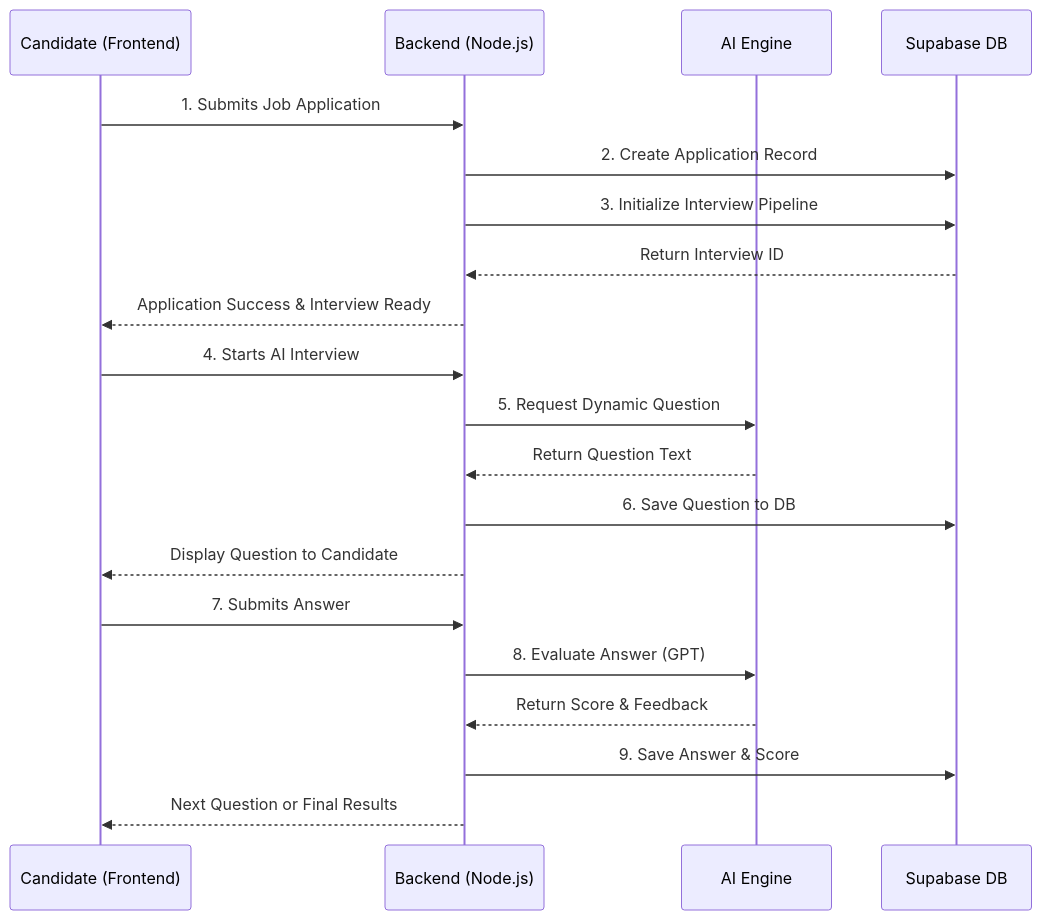
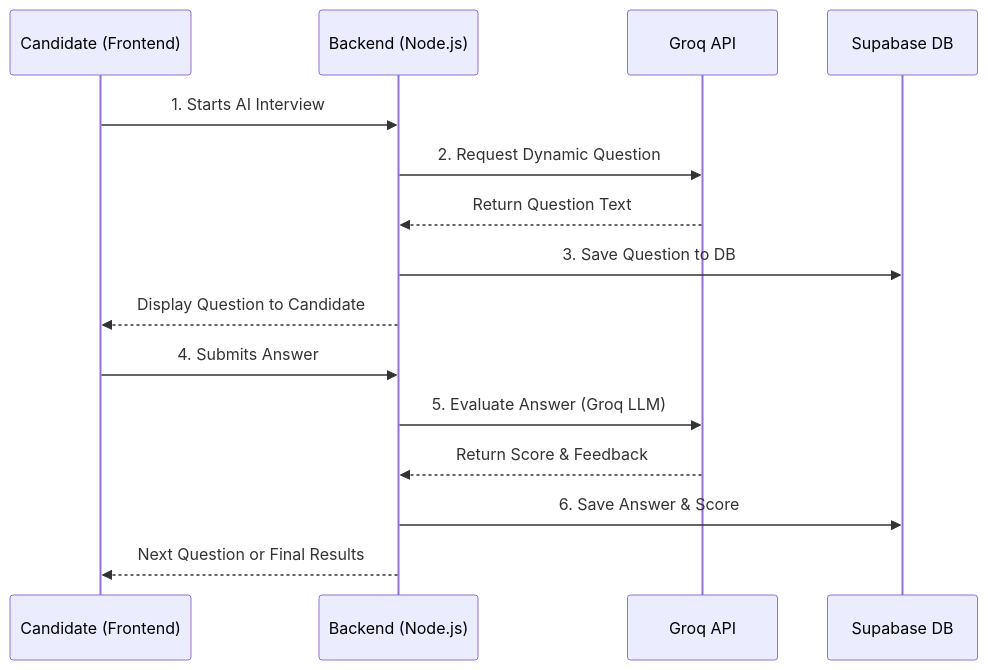
One commit to Maham-Javed/FYP_Project changed the third of 3 diagrams in rules/SystemDesign.md. Above: the diagram before and after it, drawn with Mermaid. The commit also changed other lines of this file and 13 other files, not shown here.

Commit message:
feat: implement backend architecture with AI-powered embedding and matching service endpoints

````diff
--- a/rules/SystemDesign.md
+++ b/rules/SystemDesign.md
@@ -65,25 +139,19 @@
 ```mermaid
 sequenceDiagram
     participant C as Candidate (Frontend)
     participant B as Backend (Node.js)
-    participant AI as AI Engine
+    participant AI as Groq API
     participant DB as Supabase DB
 
-    C->>B: 1. Submits Job Application
-    B->>DB: 2. Create Application Record
-    B->>DB: 3. Initialize Interview Pipeline
-    DB-->>B: Return Interview ID
-    B-->>C: Application Success & Interview Ready
-
-    C->>B: 4. Starts AI Interview
-    B->>AI: 5. Request Dynamic Question
+    C->>B: 1. Starts AI Interview
+    B->>AI: 2. Request Dynamic Question
     AI-->>B: Return Question Text
-    B->>DB: 6. Save Question to DB
+    B->>DB: 3. Save Question to DB
     B-->>C: Display Question to Candidate
 
-    C->>B: 7. Submits Answer
-    B->>AI: 8. Evaluate Answer (GPT)
+    C->>B: 4. Submits Answer
+    B->>AI: 5. Evaluate Answer (Groq LLM)
     AI-->>B: Return Score & Feedback
-    B->>DB: 9. Save Answer & Score
+    B->>DB: 6. Save Answer & Score
     B-->>C: Next Question or Final Results
 ```
````
